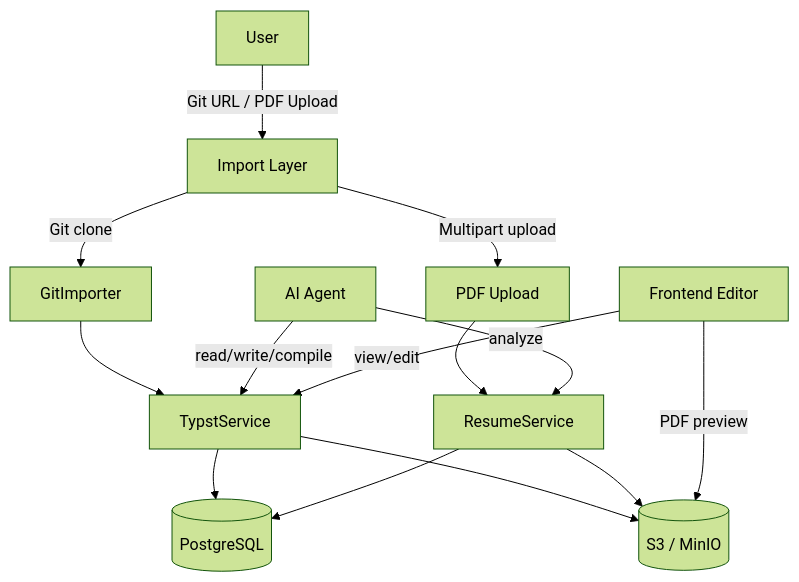
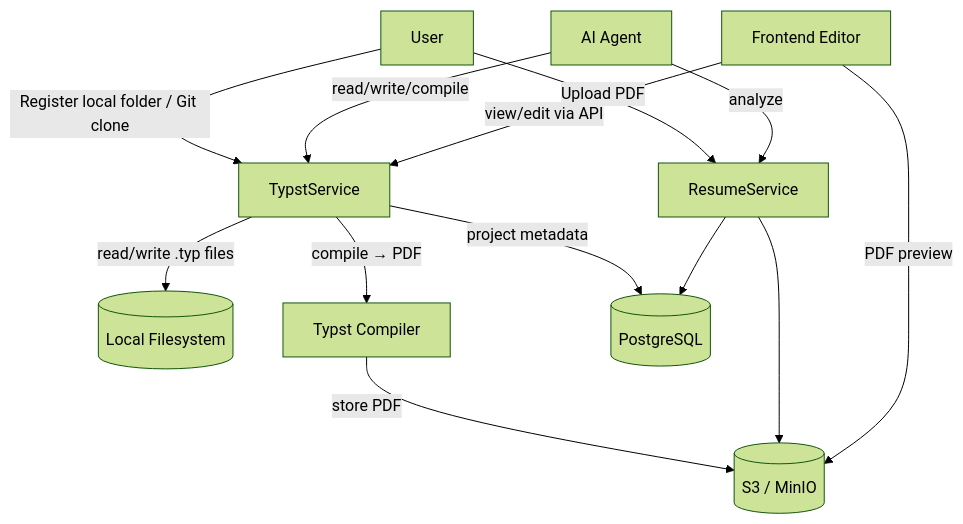
The diagram in docs/src/typst-resume-system.md (rararulab/rara), drawn with Mermaid (forest theme) before and after one commit. The commit also changed other lines of this file and 1 other file, not shown here.

First line of the commit message:
docs: update Typst and AI agent docs for local filesystem architecture

````diff
--- a/docs/src/typst-resume-system.md
+++ b/docs/src/typst-resume-system.md
@@ -7,18 +9,19 @@
 ```mermaid
 graph TD
-    User[User] -->|Git URL / PDF Upload| Import[Import Layer]
-    Import -->|Git clone| GitImporter[GitImporter]
-    Import -->|Multipart upload| PdfUpload[PDF Upload]
-    GitImporter --> TypstService[TypstService]
-    PdfUpload --> ResumeService[ResumeService]
-    TypstService --> DB[(PostgreSQL)]
-    TypstService --> S3[(S3 / MinIO)]
+    User[User] -->|Register local folder / Git clone| TypstService[TypstService]
+    User -->|Upload PDF| ResumeService[ResumeService]
+
+    TypstService -->|read/write .typ files| Disk[(Local Filesystem)]
+    TypstService -->|compile → PDF| Compiler[Typst Compiler]
+    Compiler -->|store PDF| S3[(S3 / MinIO)]
+    TypstService -->|project metadata| DB[(PostgreSQL)]
+
     ResumeService --> DB
     ResumeService --> S3
 
     Agent[AI Agent] -->|read/write/compile| TypstService
     Agent -->|analyze| ResumeService
 
-    Frontend[Frontend Editor] -->|view/edit| TypstService
+    Frontend[Frontend Editor] -->|view/edit via API| TypstService
     Frontend -->|PDF preview| S3
 ```
````
